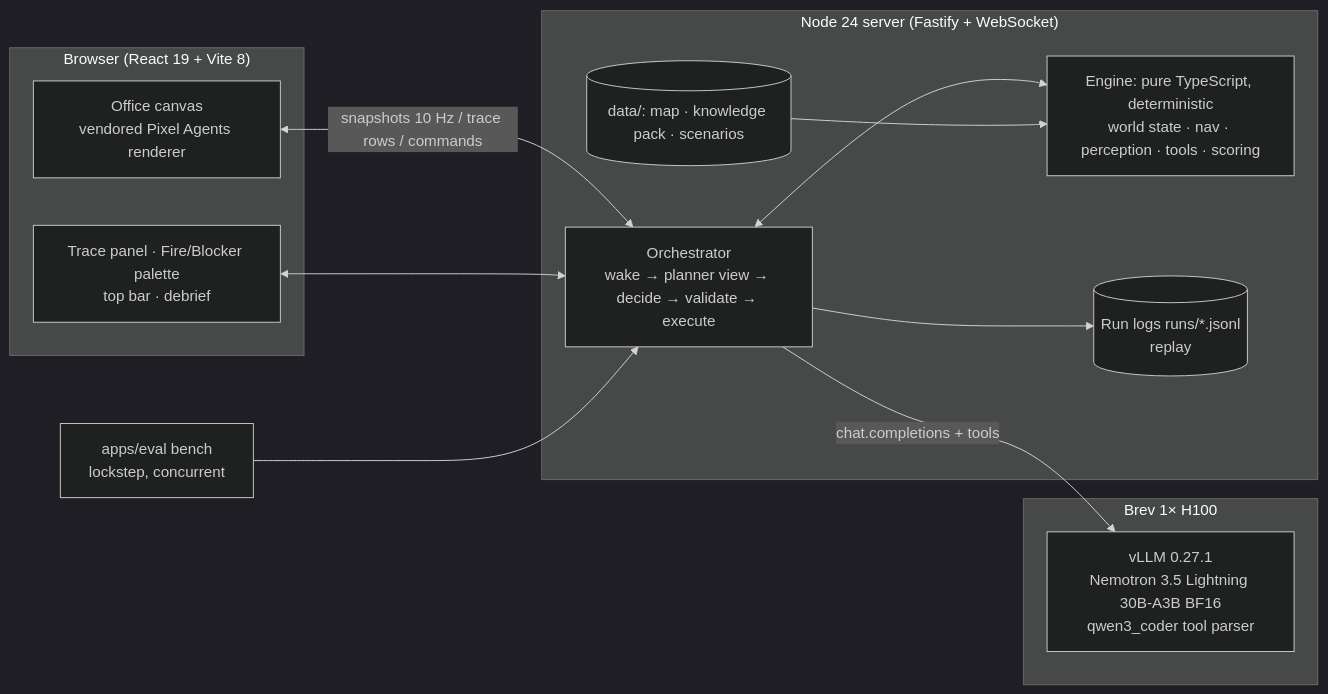
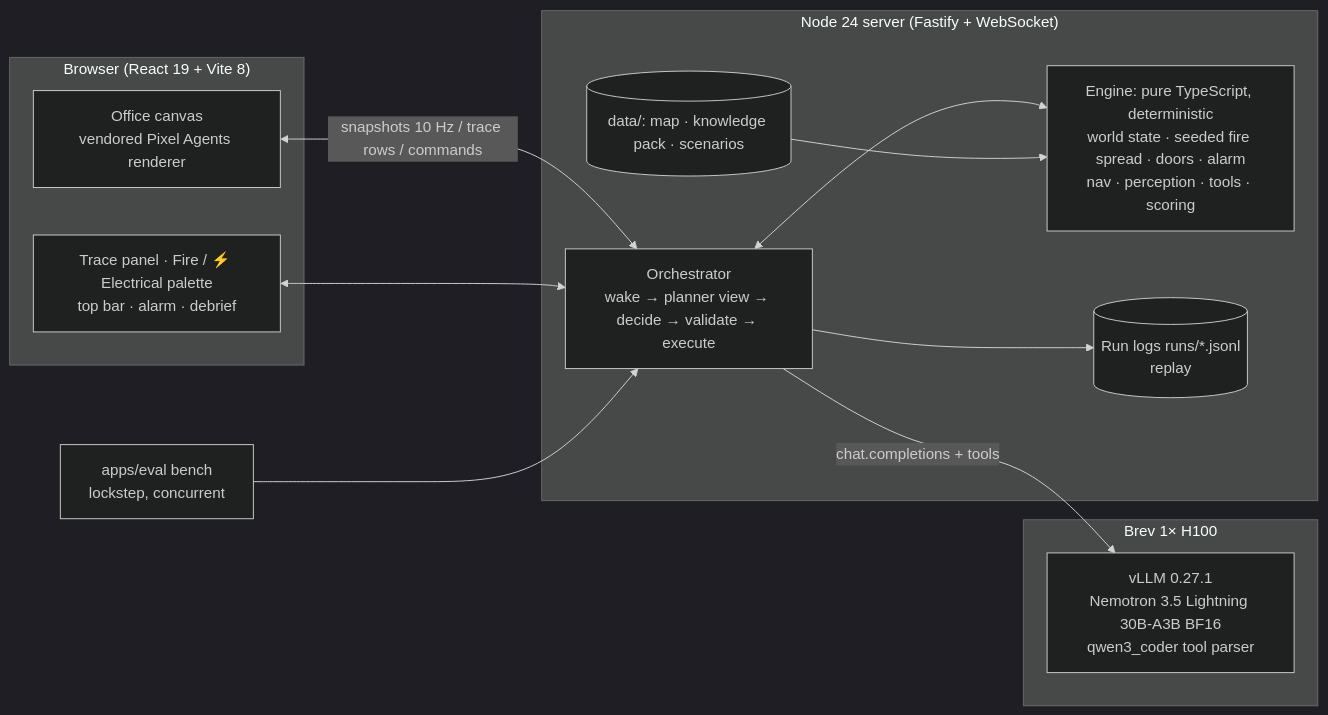
Before and after one commit to RameezMilk/escape-redhat: the diagram in README.md, drawn with Mermaid (dark theme). The commit also changed other lines of this file and 58 other files, not shown here.

Commit message:
Gameplay v2: spreading fire (seeded, burnout), electrical sliding-door failures, fire-alarm pull stations + pull_alarm tool, multiple threats, losses with disintegration effect, no time limit (success/partial/failed), dataset v2, ALARM-SYSTEM rule card, updated harness/fixture/docs

````diff
--- a/README.md
+++ b/README.md
@@ -51,23 +51,23 @@
 ```mermaid
 flowchart LR
   subgraph Browser["Browser (React 19 + Vite 8)"]
     V[Office canvas<br/>vendored Pixel Agents renderer]
-    T[Trace panel · Fire/Blocker palette<br/>top bar · debrief]
+    T[Trace panel · Fire / ⚡ Electrical palette<br/>top bar · alarm · debrief]
   end
   subgraph Server["Node 24 server (Fastify + WebSocket)"]
     O[Orchestrator<br/>wake → planner view → decide → validate → execute]
-    E[Engine: pure TypeScript, deterministic<br/>world state · nav · perception · tools · scoring]
+    E[Engine: pure TypeScript, deterministic<br/>world state · seeded fire spread · doors · alarm<br/>nav · perception · tools · scoring]
     L[(Run logs runs/*.jsonl<br/>replay)]
     D[(data/: map · knowledge pack · scenarios)]
   end
   subgraph GPU["Brev 1× H100"]
     M[vLLM 0.27.1<br/>Nemotron 3.5 Lightning 30B-A3B BF16<br/>qwen3_coder tool parser]
   end
   V <-- snapshots 10 Hz / trace rows / commands --> O
   T <--> O
   O <--> E
   O -- chat.completions + tools --> M
   O --> L
   D --> E
   B[apps/eval bench<br/>lockstep, concurrent] --> O
 ```
````
